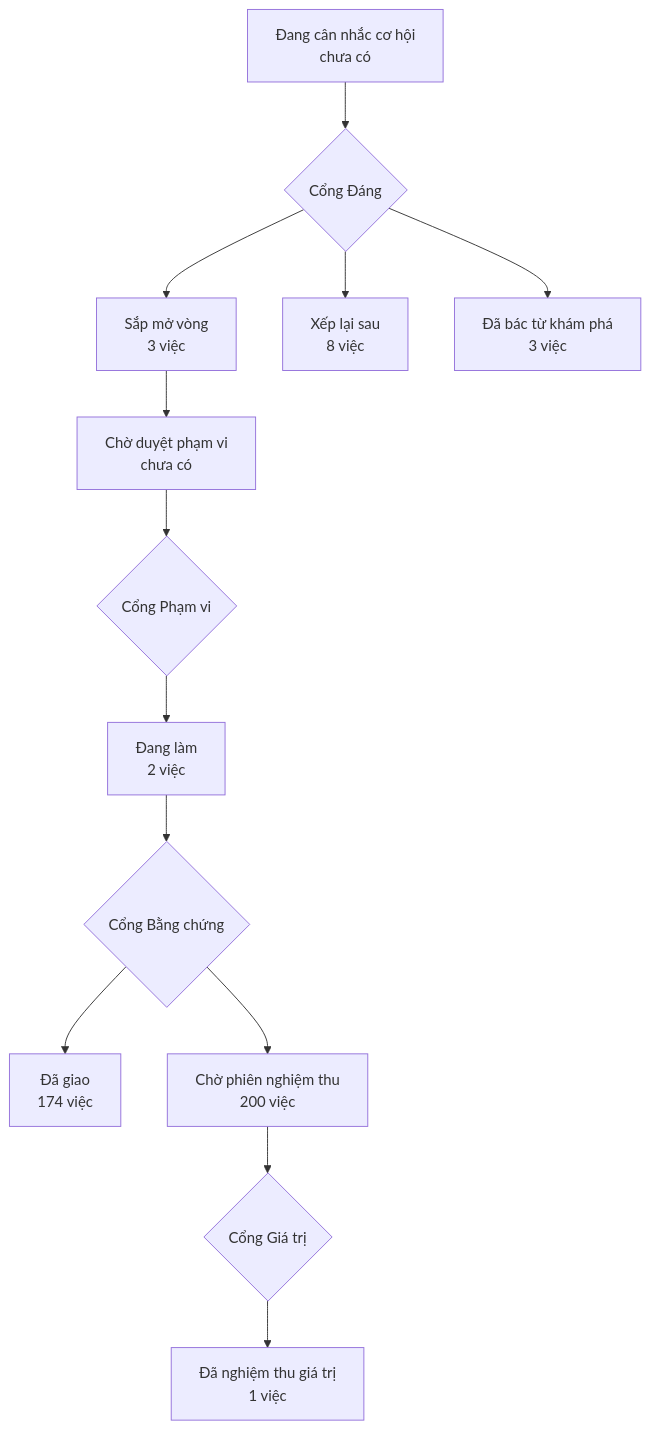
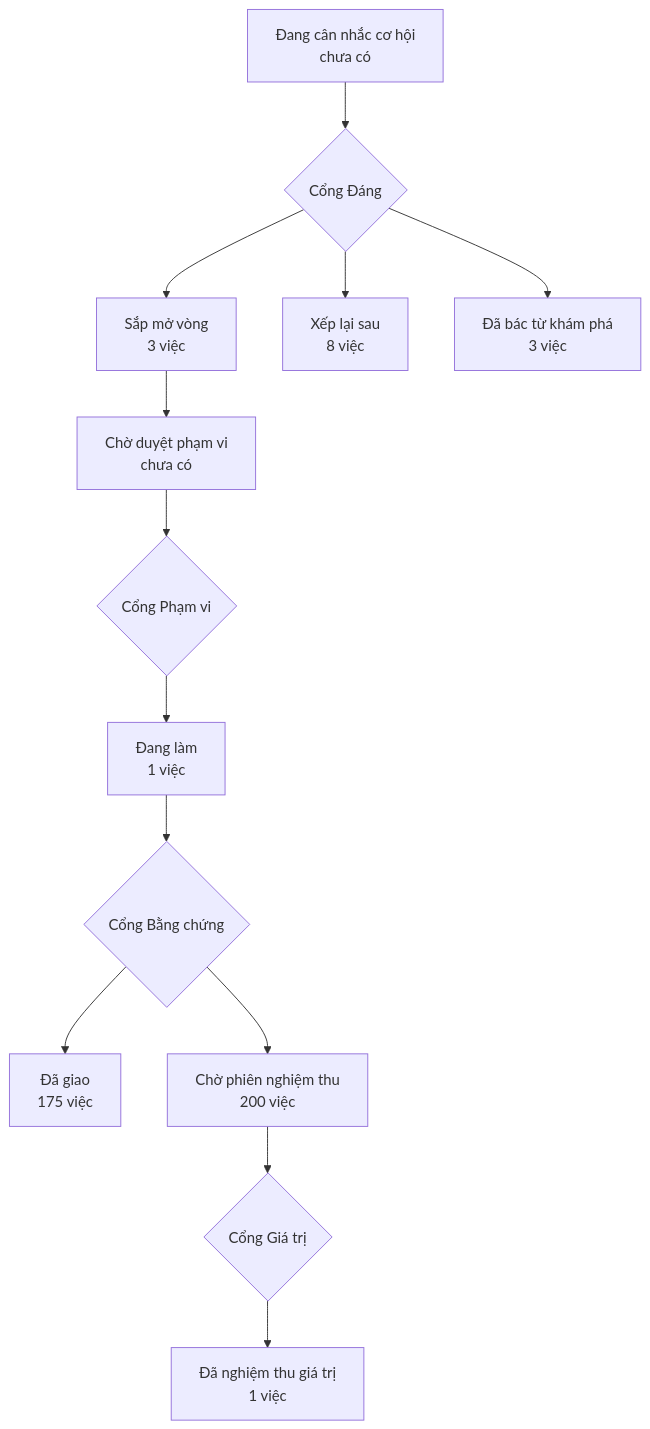
Before and after one commit to phanlemanh/crm-onehub: the diagram in PRODUCT-MAP.md, drawn with Mermaid. The commit also changed other lines of this file and 8 other files, not shown here.

````diff
--- a/PRODUCT-MAP.md
+++ b/PRODUCT-MAP.md
@@ -7,12 +7,12 @@
 ```mermaid
 flowchart TD
   A["Đang cân nhắc cơ hội<br/>chưa có"] --> GD{"Cổng Đáng"}
   GD --> B["Sắp mở vòng<br/>3 việc"]
   GD --> XL["Xếp lại sau<br/>8 việc"]
   GD --> DB["Đã bác từ khám phá<br/>3 việc"]
   B --> CD["Chờ duyệt phạm vi<br/>chưa có"] --> GP{"Cổng Phạm vi"}
-  GP --> DL["Đang làm<br/>2 việc"] --> GB{"Cổng Bằng chứng"}
-  GB --> DG["Đã giao<br/>174 việc"]
+  GP --> DL["Đang làm<br/>1 việc"] --> GB{"Cổng Bằng chứng"}
+  GB --> DG["Đã giao<br/>175 việc"]
   GB --> CN["Chờ phiên nghiệm thu<br/>200 việc"] --> GG{"Cổng Giá trị"}
   GG --> NT["Đã nghiệm thu giá trị<br/>1 việc"]
 ```
````
